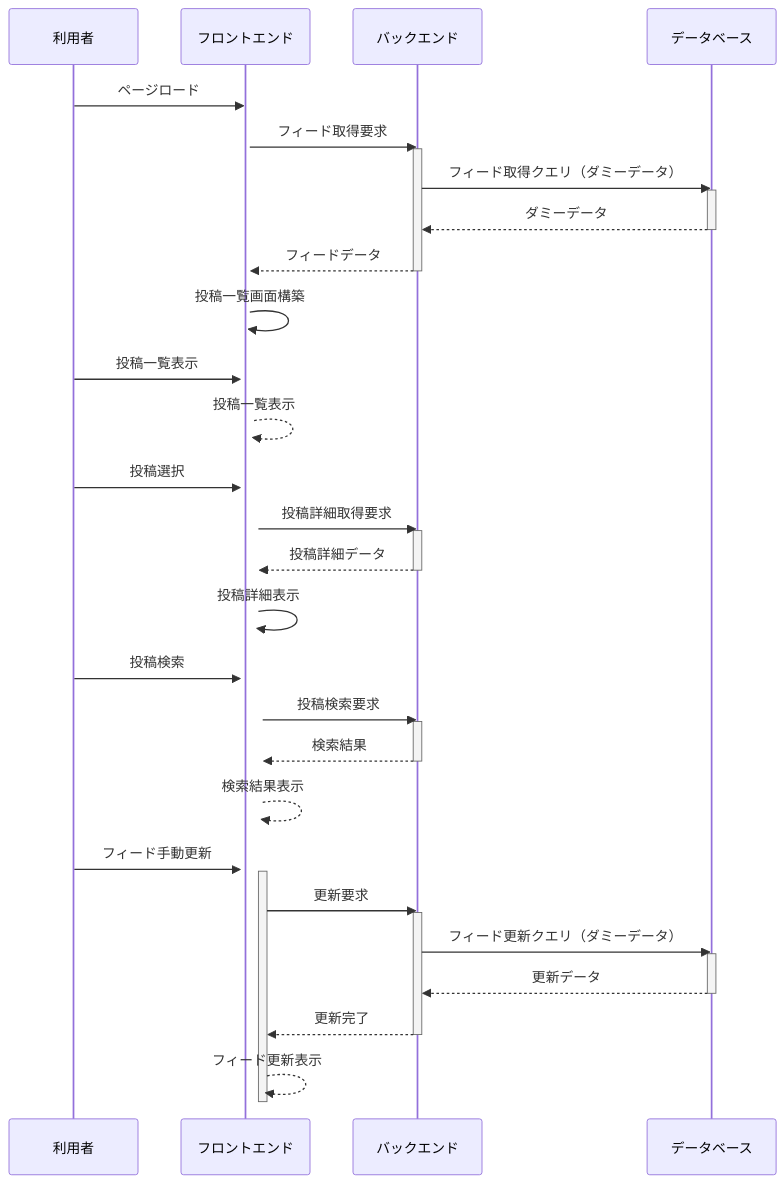
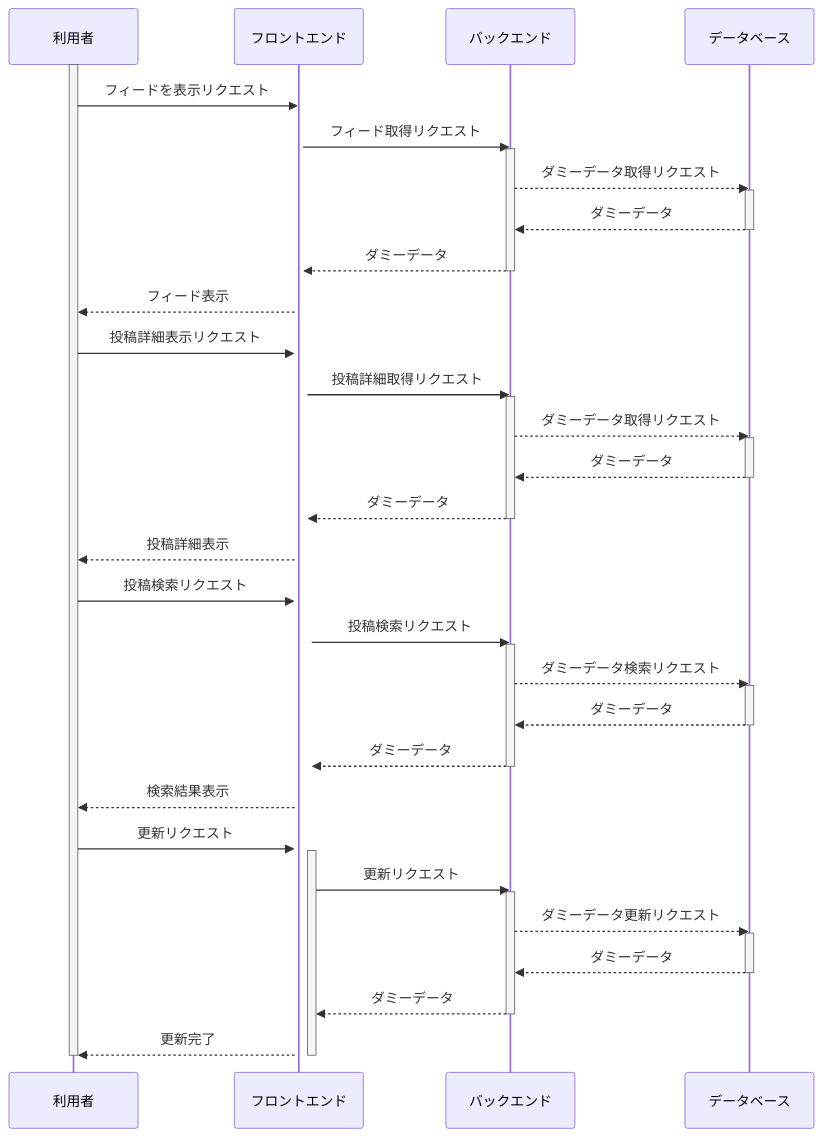
Before and after one commit to kurokawa5/kurokawa5: the diagram in README.md, drawn with Mermaid.

````diff
--- a/README.md
+++ b/README.md
@@ -10,71 +10,59 @@
 ```mermaid
 sequenceDiagram
     participant User as 利用者
     participant Frontend as フロントエンド
     participant Backend as バックエンド
     participant Database as データベース
 
-    User ->> Frontend: ページロード
+    activate User
+    User->>Frontend: フィードを表示リクエスト
     activate Frontend
+    Frontend->>Backend: フィード取得リクエスト
+    activate Backend
+    Backend-->>Database: ダミーデータ取得リクエスト
+    activate Database
+    Database-->>Backend: ダミーデータ
+    deactivate Database
+    Backend-->>Frontend: ダミーデータ
+    deactivate Backend
+    Frontend-->>User: フィード表示
 
-    Frontend ->> Backend: フィード取得要求
+    User->>Frontend: 投稿詳細表示リクエスト
+    activate Frontend
+    Frontend->>Backend: 投稿詳細取得リクエスト
     activate Backend
+    Backend-->>Database: ダミーデータ取得リクエスト
+    activate Database
+    Database-->>Backend: ダミーデータ
+    deactivate Database
+    Backend-->>Frontend: ダミーデータ
+    deactivate Backend
+    Frontend-->>User: 投稿詳細表示
 
-    Backend ->> Database: フィード取得クエリ（ダミーデータ）
+    User->>Frontend: 投稿検索リクエスト
+    activate Frontend
+    Frontend->>Backend: 投稿検索リクエスト
+    activate Backend
+    Backend-->>Database: ダミーデータ検索リクエスト
     activate Database
+    Database-->>Backend: ダミーデータ
+    deactivate Database
+    Backend-->>Frontend: ダミーデータ
+    deactivate Backend
+    Frontend-->>User: 検索結果表示
 
-    Database -->> Backend: ダミーデータ
+    User->>Frontend: 更新リクエスト
+    activate Frontend
+    Frontend->>Backend: 更新リクエスト
+    activate Backend
+    Backend-->>Database: ダミーデータ更新リクエスト
+    activate Database
+    Database-->>Backend: ダミーデータ
     deactivate Database
-
-    Backend -->> Frontend: フィードデータ
+    Backend-->>Frontend: ダミーデータ
     deactivate Backend
-
-    Frontend ->> Frontend: 投稿一覧画面構築
-
-    User ->> Frontend: 投稿一覧表示
-    activate Frontend
-
-    Frontend -->> Frontend: 投稿一覧表示
-
-    User ->> Frontend: 投稿選択
-    activate Frontend
-
-    Frontend ->> Backend: 投稿詳細取得要求
-    activate Backend
-
-    Backend -->> Frontend: 投稿詳細データ
-    deactivate Backend
-
-    Frontend ->> Frontend: 投稿詳細表示
-
-    User ->> Frontend: 投稿検索
-    activate Frontend
-
-    Frontend ->> Backend: 投稿検索要求
-    activate Backend
-
-    Backend -->> Frontend: 検索結果
-    deactivate Backend
-
-    Frontend -->> Frontend: 検索結果表示
-
-    User ->> Frontend: フィード手動更新
-    activate Frontend
-
-    Frontend ->> Backend: 更新要求
-    activate Backend
-
-    Backend ->> Database: フィード更新クエリ（ダミーデータ）
-    activate Database
-
-    Database -->> Backend: 更新データ
-    deactivate Database
-
-    Backend -->> Frontend: 更新完了
-    deactivate Backend
-
-    Frontend -->> Frontend: フィード更新表示
+    Frontend-->>User: 更新完了
 
     deactivate Frontend
-
+    deactivate User
 ```
````
